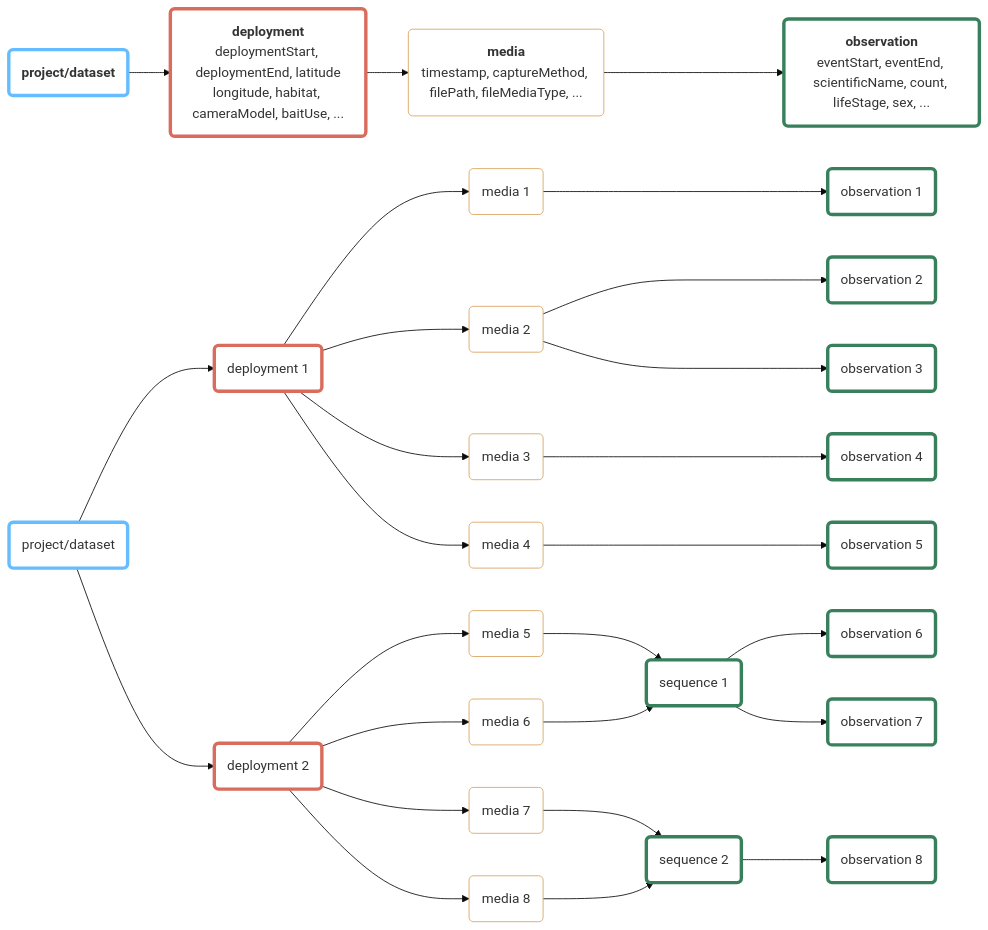
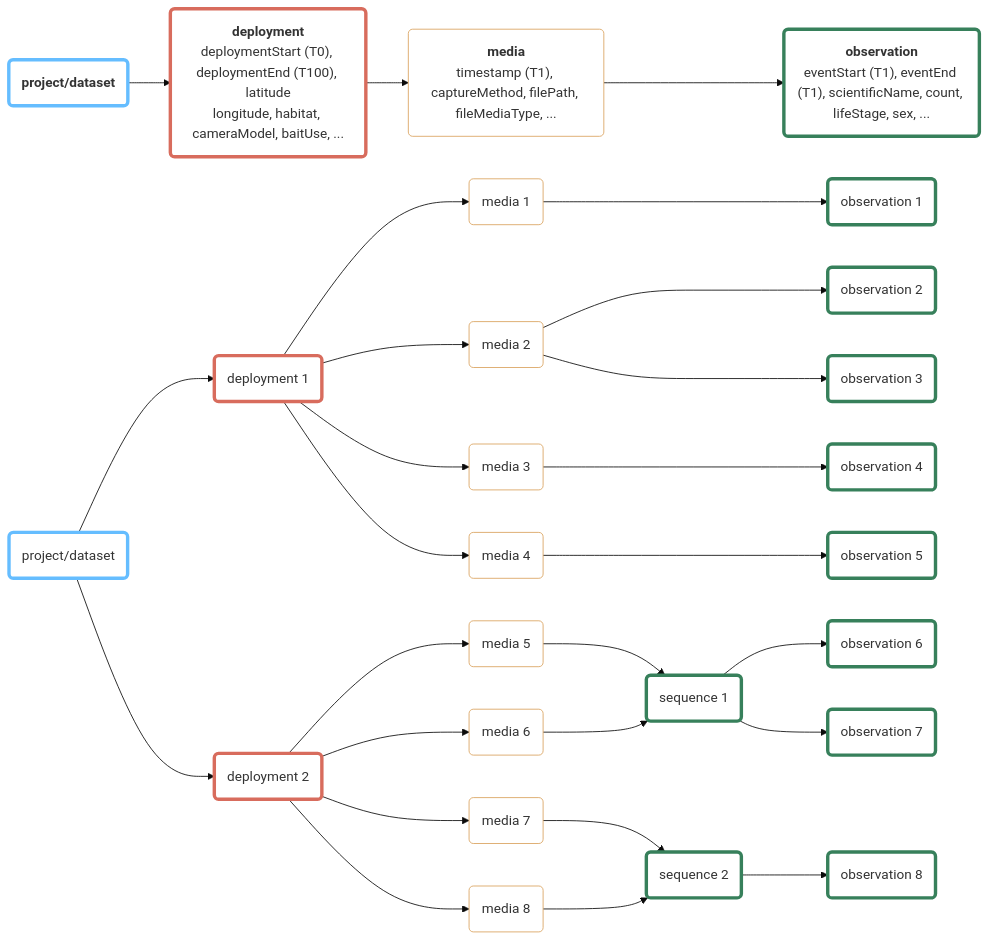
One commit to inbo/dwc-event-workshop changed the diagram in data/camtrap_dp/README.md. Above: the diagram before and after it, drawn with Mermaid (base theme).

````diff
--- a/data/camtrap_dp/README.md
+++ b/data/camtrap_dp/README.md
@@ -1,64 +1,64 @@
 ```mermaid
 flowchart LR
     classDef prj_event fill:#fff,stroke:#65BDFF,stroke-width:4px;
     classDef dep_event fill:#fff,stroke:#D86C5D,stroke-width:4px;
     classDef med_file fill:#fff,stroke:#DAA25E,stroke-width:1px;
     classDef obs_event fill:#fff,stroke:#37805B,stroke-width:4px;
     classDef seq_event fill:#fff,stroke:#37805B,stroke-width:4px;
 
     prj0("`**project/dataset**`"):::prj_event
     dep0("`**deployment**
-        deploymentStart, deploymentEnd, latitude
+        deploymentStart (T0), deploymentEnd (T100), latitude
         longitude, habitat, cameraModel, baitUse, ...`"):::dep_event
     med0("`**media**
-        timestamp, captureMethod, filePath, fileMediaType, ...`"):::med_file
+        timestamp (T1), captureMethod, filePath, fileMediaType, ...`"):::med_file
     obs0("`**observation**
-        eventStart, eventEnd, scientificName, count, lifeStage, sex, ...`"):::obs_event
+        eventStart (T1), eventEnd (T1), scientificName, count, lifeStage, sex, ...`"):::obs_event
     prj0 --> dep0 --> med0 ---> obs0
 
     prj1("project/dataset"):::prj_event
     
     dep1("deployment 1"):::dep_event
     med1_1("media 1"):::med_file
     med1_2("media 2"):::med_file
     med1_3("media 3"):::med_file
     med1_4("media 4"):::med_file
     obs1_1("observation 1"):::obs_event
     obs1_2a("observation 2"):::obs_event
     obs1_2b("observation 3"):::obs_event
     obs1_3("observation 4"):::obs_event
     obs1_4("observation 5"):::obs_event
     prj1 --> dep1
     dep1 --> med1_1
     dep1 --> med1_2
     dep1 --> med1_3
     dep1 --> med1_4
     med1_1 ---> obs1_1
     med1_2 ---> obs1_2a
     med1_2 ---> obs1_2b
     med1_3 ---> obs1_3
     med1_4 ---> obs1_4
 
     dep2("deployment 2"):::dep_event
     med2_1("media 5"):::med_file
     med2_2("media 6"):::med_file
     med2_3("media 7"):::med_file
     med2_4("media 8"):::med_file
     seq2_1("sequence 1"):::seq_event
     seq2_2("sequence 2"):::seq_event
     obs2_1("observation 6"):::obs_event
     obs2_2("observation 7"):::obs_event
     obs2_3("observation 8"):::obs_event
     prj1 --> dep2
     dep2 --> med2_1
     dep2 --> med2_2
     dep2 --> med2_3
     dep2 --> med2_4
     med2_1 --> seq2_1
     med2_2 --> seq2_1
     med2_3 --> seq2_2
     med2_4 --> seq2_2
     seq2_1 --> obs2_1
     seq2_1 --> obs2_2
     seq2_2 --> obs2_3
 ```
````
